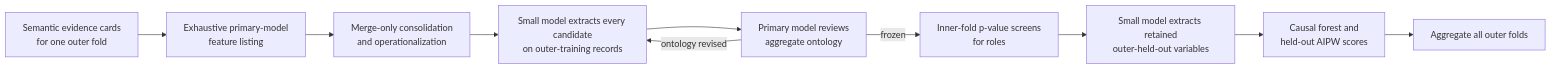
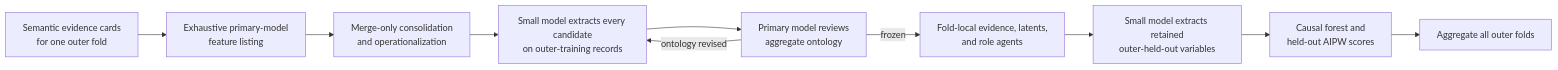
One commit to kenlkehl/causal-dragonnet-text changed the third of 3 diagrams in README.md. Above: the diagram before and after it, drawn with Mermaid. The commit also changed other lines of this file and 12 other files, not shown here.

````diff
--- a/README.md
+++ b/README.md
@@ -1141,12 +1152,12 @@
 ```mermaid
 flowchart LR
     A["Semantic evidence cards<br/>for one outer fold"] --> B["Exhaustive primary-model<br/>feature listing"]
     B --> C["Merge-only consolidation<br/>and operationalization"]
     C --> D["Small model extracts every candidate<br/>on outer-training records"]
     D --> E["Primary model reviews<br/>aggregate ontology"]
     E -->|"ontology revised"| D
-    E -->|"frozen"| F["Inner-fold p-value screens<br/>for roles"]
+    E -->|"frozen"| F["Fold-local evidence, latents,<br/>and role agents"]
     F --> G["Small model extracts retained<br/>outer-held-out variables"]
     G --> H["Causal forest and<br/>held-out AIPW scores"]
     H --> I["Aggregate all outer folds"]
 ```
````
